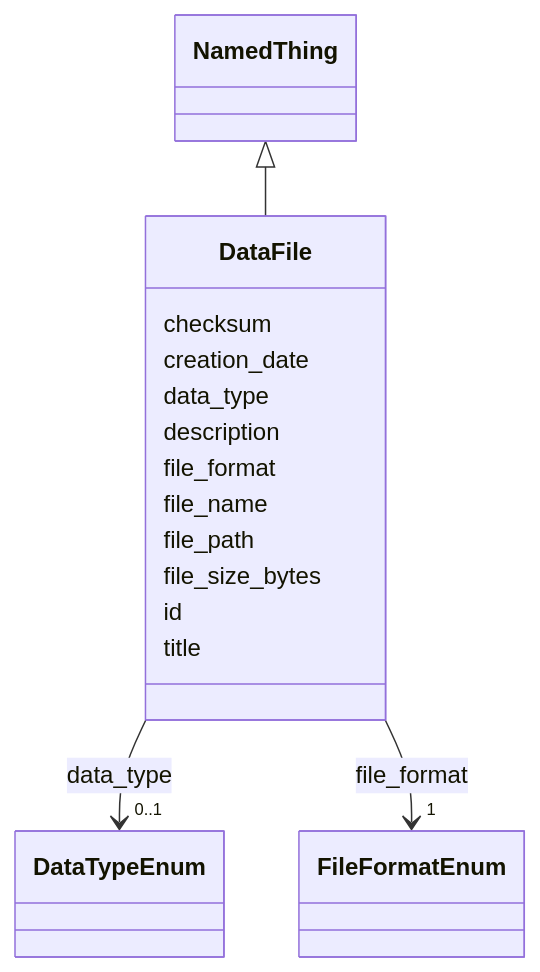
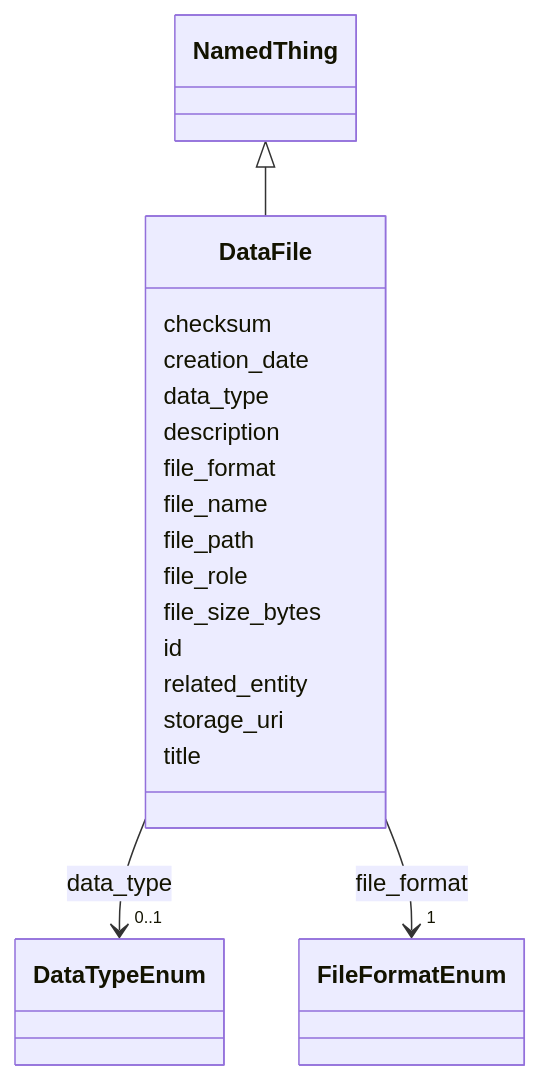
One commit to lambda-ber/lambda-ber-schema changed the diagram in docs/DataFile.md. Above: the diagram before and after it, drawn with Mermaid. The commit also changed other lines of this file and 278 other files, not shown here.

````diff
--- a/docs/DataFile.md
+++ b/docs/DataFile.md
@@ -18,47 +18,53 @@
 ```mermaid
  classDiagram
     class DataFile
     click DataFile href "../DataFile/"
       NamedThing <|-- DataFile
         click NamedThing href "../NamedThing/"
       
       DataFile : checksum
         
       DataFile : creation_date
         
       DataFile : data_type
         
           
     
         
         
         DataFile --> "0..1" DataTypeEnum : data_type
         click DataTypeEnum href "../DataTypeEnum/"
     
 
         
       DataFile : description
         
       DataFile : file_format
         
           
     
         
         
         DataFile --> "1" FileFormatEnum : file_format
         click FileFormatEnum href "../FileFormatEnum/"
     
 
         
       DataFile : file_name
         
       DataFile : file_path
         
+      DataFile : file_role
+        
       DataFile : file_size_bytes
         
       DataFile : id
+        
+      DataFile : related_entity
+        
+      DataFile : storage_uri
         
       DataFile : title
         
       
 ```
````
